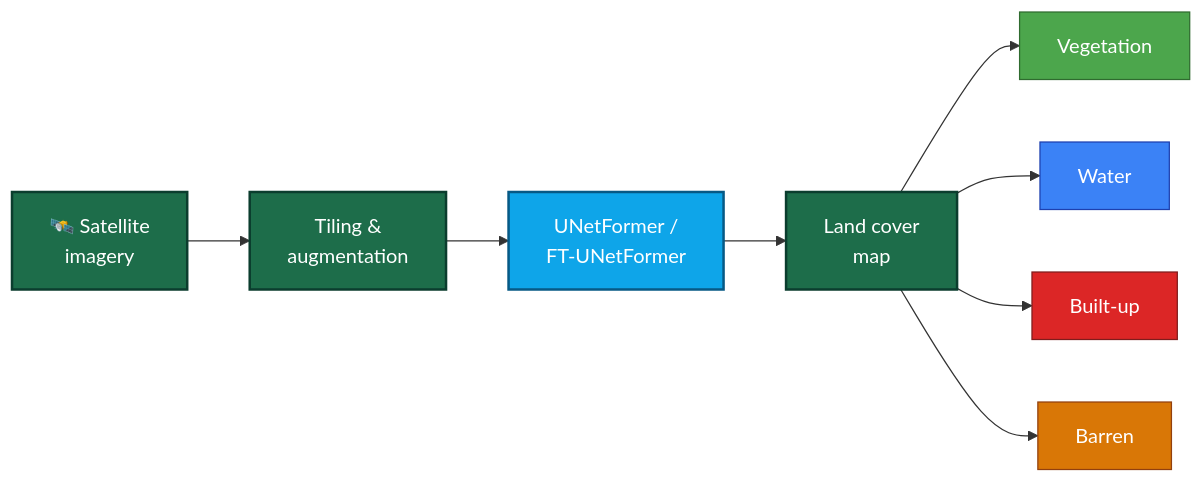
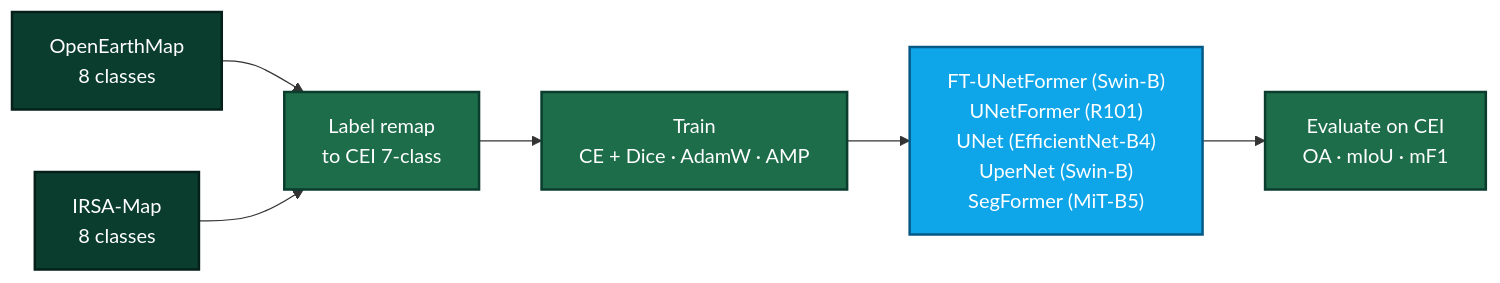
The diagram in README.md (Guanjie003/Guanjie003), drawn with Mermaid before and after one commit. The commit also changed other lines of this file, not shown here.

Commit message:
Describe the actual segmentation research
Replace the generic pipeline sketch with the real one from lulc_cei: OpenEarthMap
and IRSA-Map remapped onto the 7-class CEI scheme, five benchmarked architectures,
and the class legend in the palette the models actually predict.

````diff
--- a/README.md
+++ b/README.md
@@ -14,24 +17,17 @@
 ```mermaid
 flowchart LR
-    A["🛰️ Satellite<br/>imagery"] --> B["Tiling &<br/>augmentation"]
-    B --> C["UNetFormer /<br/>FT-UNetFormer"]
-    C --> D["Land cover<br/>map"]
-    D --> V["Vegetation"]
-    D --> W["Water"]
-    D --> U["Built-up"]
-    D --> S["Barren"]
+    OEM["OpenEarthMap<br/>8 classes"] --> MAP
+    IRSA["IRSA-Map<br/>8 classes"] --> MAP
+    MAP["Label remap<br/>to CEI 7-class"] --> TR
+    TR["Train<br/>CE + Dice · AdamW · AMP"] --> MODELS
+    MODELS["FT-UNetFormer (Swin-B)<br/>UNetFormer (R101)<br/>UNet (EfficientNet-B4)<br/>UperNet (Swin-B)<br/>SegFormer (MiT-B5)"] --> EVAL
+    EVAL["Evaluate on CEI<br/>OA · mIoU · mF1"]
 
+    classDef data  fill:#0b3d2e,stroke:#052018,stroke-width:2px,color:#ffffff
     classDef step  fill:#1d6d4a,stroke:#0b3d2e,stroke-width:2px,color:#ffffff
     classDef model fill:#0ea5e9,stroke:#075985,stroke-width:2px,color:#ffffff
-    classDef veg   fill:#4ca64c,stroke:#2f6b2f,color:#ffffff
-    classDef water fill:#3b82f6,stroke:#1e40af,color:#ffffff
-    classDef built fill:#dc2626,stroke:#7f1d1d,color:#ffffff
-    classDef bare  fill:#d97706,stroke:#92400e,color:#ffffff
 
-    class A,B,D step
-    class C model
-    class V veg
-    class W water
-    class U built
-    class S bare
+    class OEM,IRSA data
+    class MAP,TR,EVAL step
+    class MODELS model
 ```
````
